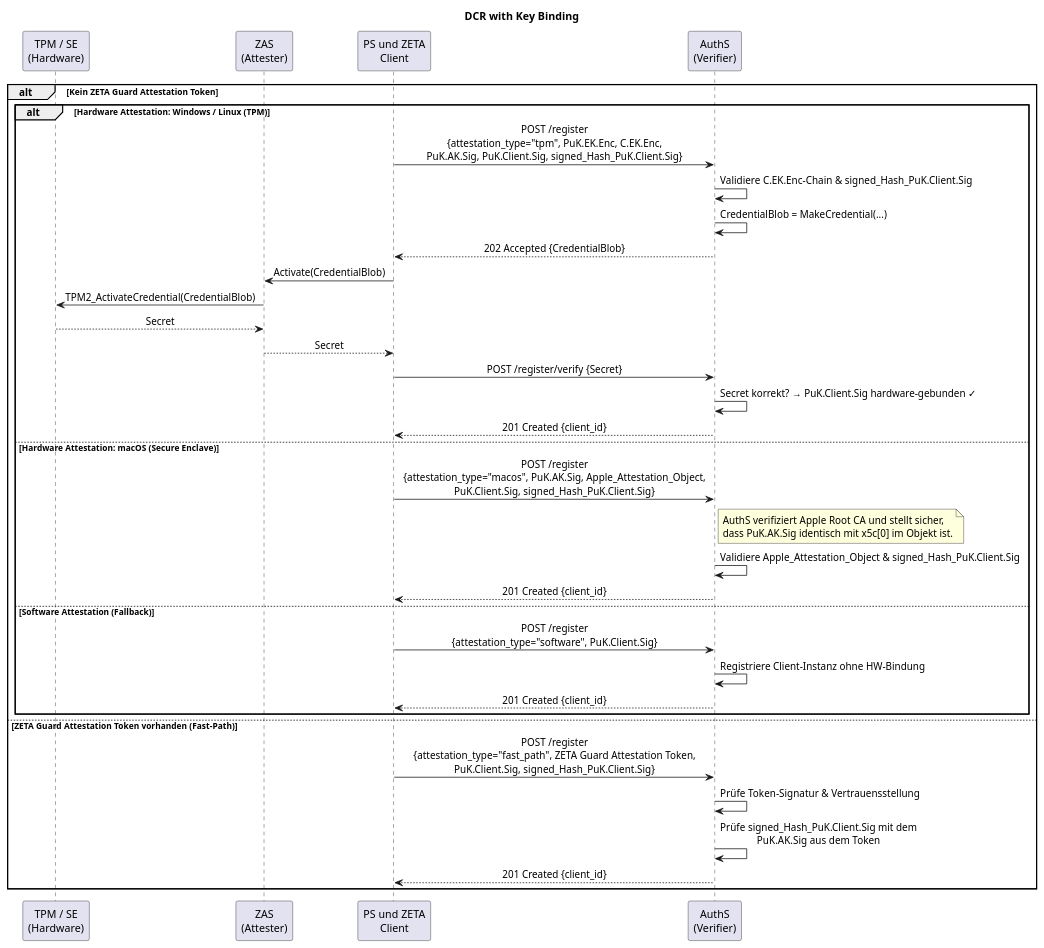
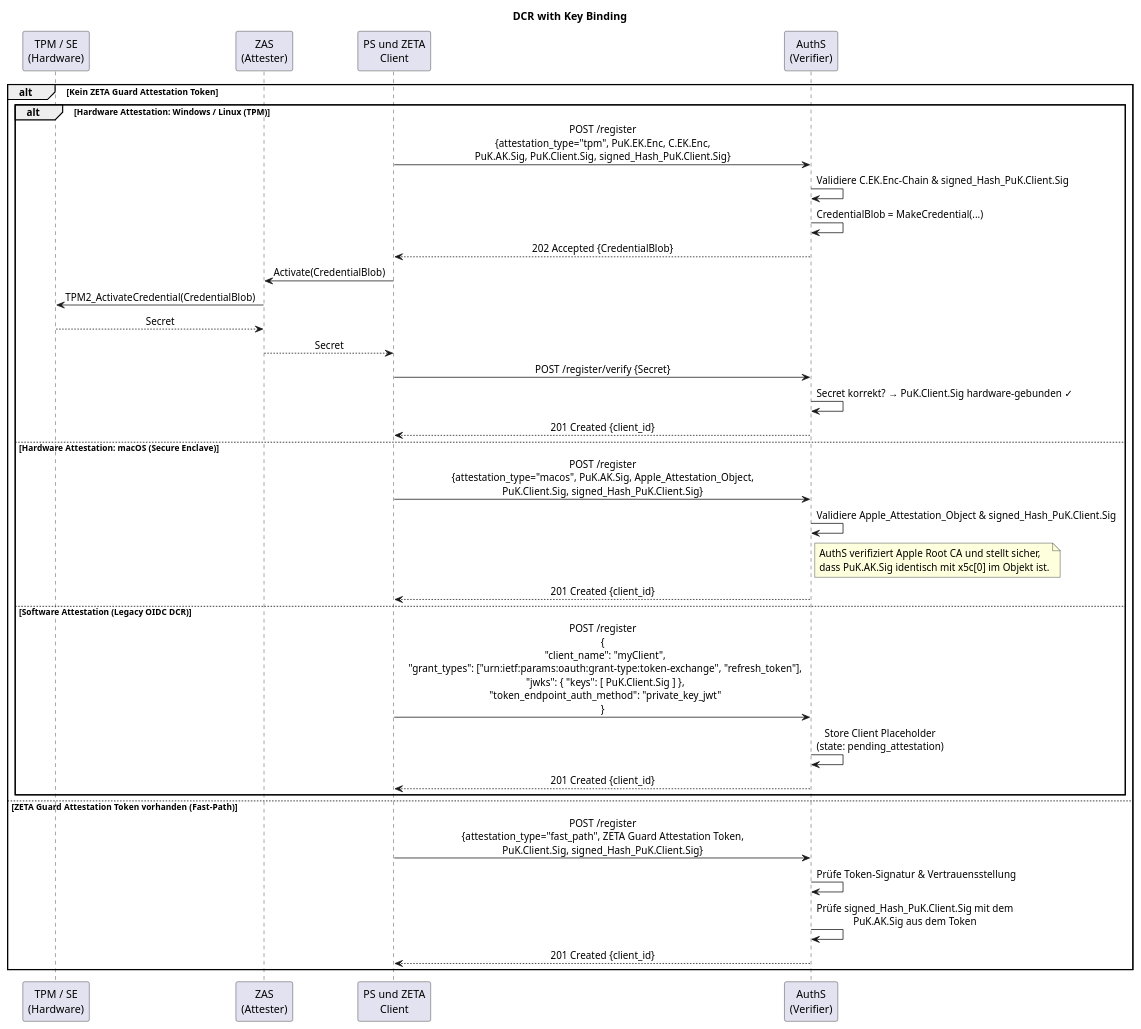
Before and after one commit to gematik/zeta: the diagram in src/plantuml/tmp/attestation-flows/dcr-with-key-binding.puml, drawn with PlantUML. The commit also changed 1 other file, not shown here.

Commit message:
feat: add DCR request schema and update software attestation flow in PlantUML diagram

```diff
--- a/src/plantuml/tmp/attestation-flows/dcr-with-key-binding.puml
+++ b/src/plantuml/tmp/attestation-flows/dcr-with-key-binding.puml
@@ -1,45 +1,45 @@
 @startuml "dcr-with-key-binding"
 skinparam sequenceMessageAlign center
 title DCR with Key Binding
 
 participant "TPM / SE\n(Hardware)" as TPM
 participant "ZAS\n(Attester)" as ZAS
 participant "PS und ZETA\nClient" as Client
 participant "AuthS\n(Verifier)" as AuthS
 
 alt Kein ZETA Guard Attestation Token
     alt Hardware Attestation: Windows / Linux (TPM)
         Client -> AuthS: POST /register\n{attestation_type="tpm", PuK.EK.Enc, C.EK.Enc,\nPuK.AK.Sig, PuK.Client.Sig, signed_Hash_PuK.Client.Sig}
         AuthS -> AuthS: Validiere C.EK.Enc-Chain & signed_Hash_PuK.Client.Sig
         AuthS -> AuthS: CredentialBlob = MakeCredential(...)
         AuthS --> Client: 202 Accepted {CredentialBlob}
 
         Client -> ZAS: Activate(CredentialBlob)
         ZAS -> TPM: TPM2_ActivateCredential(CredentialBlob)
         TPM --> ZAS: Secret
         ZAS --> Client: Secret
 
         Client -> AuthS: POST /register/verify {Secret}
         AuthS -> AuthS: Secret korrekt? → PuK.Client.Sig hardware-gebunden ✓
         AuthS --> Client: 201 Created {client_id}
 
     else Hardware Attestation: macOS (Secure Enclave)
         Client -> AuthS: POST /register\n{attestation_type="macos", PuK.AK.Sig, Apple_Attestation_Object,\nPuK.Client.Sig, signed_Hash_PuK.Client.Sig}
+        AuthS -> AuthS: Validiere Apple_Attestation_Object & signed_Hash_PuK.Client.Sig
         note right of AuthS: AuthS verifiziert Apple Root CA und stellt sicher,\ndass PuK.AK.Sig identisch mit x5c[0] im Objekt ist.
-        AuthS -> AuthS: Validiere Apple_Attestation_Object & signed_Hash_PuK.Client.Sig
         AuthS --> Client: 201 Created {client_id}
 
-    else Software Attestation (Fallback)
-        Client -> AuthS: POST /register\n{attestation_type="software", PuK.Client.Sig}
-        AuthS -> AuthS: Registriere Client-Instanz ohne HW-Bindung
+    else Software Attestation (Legacy OIDC DCR)
+        Client -> AuthS: POST /register\n{\n  "client_name": "myClient",\n  "grant_types": ["urn:ietf:params:oauth:grant-type:token-exchange", "refresh_token"],\n  "jwks": { "keys": [ PuK.Client.Sig ] },\n  "token_endpoint_auth_method": "private_key_jwt"\n}
+        AuthS -> AuthS: Store Client Placeholder\n(state: pending_attestation)
         AuthS --> Client: 201 Created {client_id}
     end
 
 else ZETA Guard Attestation Token vorhanden (Fast-Path)
     Client -> AuthS: POST /register\n{attestation_type="fast_path", ZETA Guard Attestation Token,\nPuK.Client.Sig, signed_Hash_PuK.Client.Sig}
     AuthS -> AuthS: Prüfe Token-Signatur & Vertrauensstellung
     AuthS -> AuthS: Prüfe signed_Hash_PuK.Client.Sig mit dem\nPuK.AK.Sig aus dem Token
     AuthS --> Client: 201 Created {client_id}
 end
 
 @enduml
```
